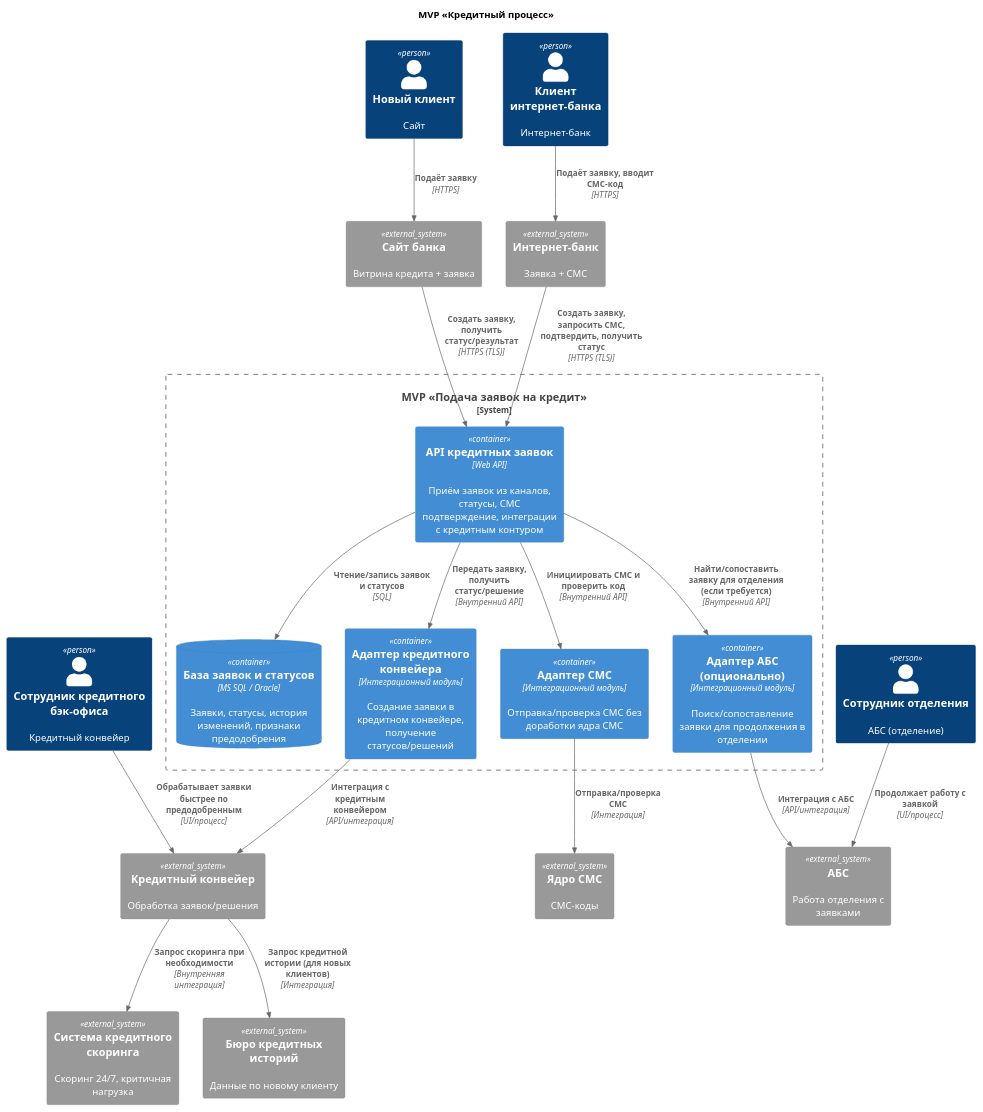
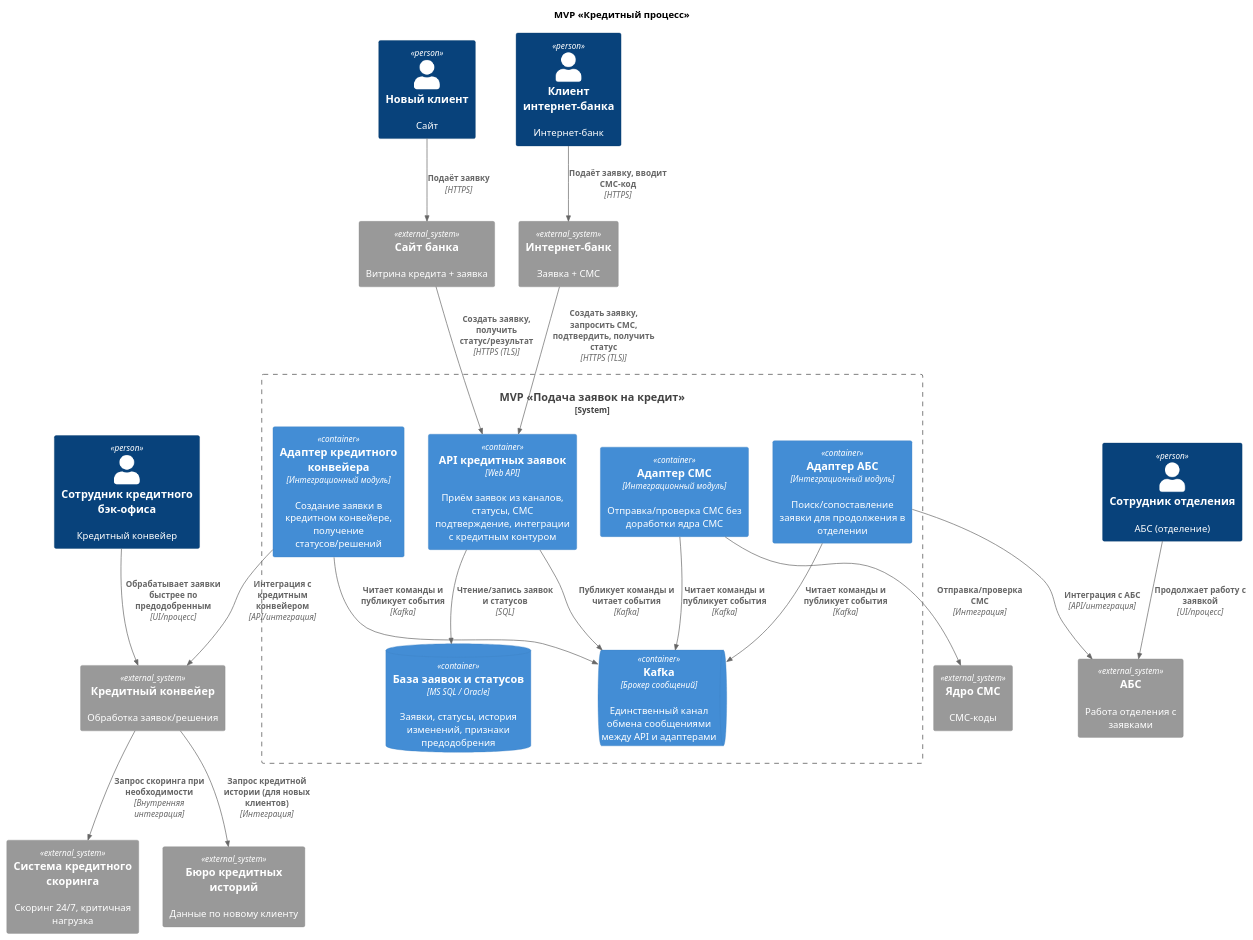
The diagram in Task5/credit_containers.puml (volodin33/architecture-pro-standart), drawn with PlantUML before and after one commit. The commit also changed 12 other files, not shown here.

Commit message:
- Конкретикзировал требования - Указал канал передачи файлов: SFTP - Добавил очередь (Kafka) в диаграммы

```diff
--- a/Task5/credit_containers.puml
+++ b/Task5/credit_containers.puml
@@ -1,44 +1,50 @@
 @startuml
 !include https://raw.githubusercontent.com/plantuml-stdlib/C4-PlantUML/master/C4_Container.puml
 
 title MVP «Кредитный процесс»
 
 Person(customer_new, "Новый клиент", "Сайт")
 Person(customer_ib, "Клиент интернет-банка", "Интернет-банк")
 Person(branch_mgr, "Сотрудник отделения", "АБС (отделение)")
 Person(bo_mgr, "Сотрудник кредитного бэк-офиса", "Кредитный конвейер")
 
 System_Ext(site, "Сайт банка", "Витрина кредита + заявка")
 System_Ext(ibank, "Интернет-банк", "Заявка + СМС")
 System_Ext(credit_conv, "Кредитный конвейер", "Обработка заявок/решения")
 System_Ext(scoring, "Система кредитного скоринга", "Скоринг 24/7, критичная нагрузка")
 System_Ext(abs, "АБС", "Работа отделения с заявками")
 System_Ext(sms_core, "Ядро СМС", "СМС-коды")
 System_Ext(bki, "Бюро кредитных историй", "Данные по новому клиенту")
 
 System_Boundary(mvp, "MVP «Подача заявок на кредит»") {
 
   Container(api, "API кредитных заявок", "Web API",  "Приём заявок из каналов, статусы, СМС подтверждение, интеграции с кредитным контуром")
   ContainerDb(db, "База заявок и статусов", "MS SQL / Oracle",  "Заявки, статусы, история изменений, признаки предодобрения")
+  ContainerQueue(kafka, "Kafka", "Брокер сообщений", "Единственный канал обмена сообщениями между API и адаптерами")
   Container(sms_adapter, "Адаптер СМС", "Интеграционный модуль",  "Отправка/проверка СМС без доработки ядра СМС")
   Container(conv_adapter, "Адаптер кредитного конвейера", "Интеграционный модуль",  "Создание заявки в кредитном конвейере, получение статусов/решений")
-  Container(abs_adapter, "Адаптер АБС (опционально)", "Интеграционный модуль",  "Поиск/сопоставление заявки для продолжения в отделении")
+  Container(abs_adapter, "Адаптер АБС", "Интеграционный модуль",  "Поиск/сопоставление заявки для продолжения в отделении")
 }
 
 Rel(customer_new, site, "Подаёт заявку", "HTTPS")
 Rel(customer_ib, ibank, "Подаёт заявку, вводит СМС-код", "HTTPS")
 Rel(site, api, "Создать заявку, получить статус/результат", "HTTPS (TLS)")
 Rel(ibank, api, "Создать заявку, запросить СМС, подтвердить, получить статус", "HTTPS (TLS)")
+
 Rel(api, db, "Чтение/запись заявок и статусов", "SQL")
-Rel(api, sms_adapter, "Инициировать СМС и проверить код", "Внутренний API")
+
+' API ↔ адаптеры ТОЛЬКО через Kafka
+Rel(api, kafka, "Публикует команды и читает события", "Kafka")
+Rel(sms_adapter, kafka, "Читает команды и публикует события", "Kafka")
+Rel(conv_adapter, kafka, "Читает команды и публикует события", "Kafka")
+Rel(abs_adapter, kafka, "Читает команды и публикует события", "Kafka")
+
 Rel(sms_adapter, sms_core, "Отправка/проверка СМС", "Интеграция")
-Rel(api, conv_adapter, "Передать заявку, получить статус/решение", "Внутренний API")
 Rel(conv_adapter, credit_conv, "Интеграция с кредитным конвейером", "API/интеграция")
 Rel(credit_conv, scoring, "Запрос скоринга при необходимости", "Внутренняя интеграция")
 Rel(credit_conv, bki, "Запрос кредитной истории (для новых клиентов)", "Интеграция")
 Rel(branch_mgr, abs, "Продолжает работу с заявкой", "UI/процесс")
-Rel(api, abs_adapter, "Найти/сопоставить заявку для отделения (если требуется)", "Внутренний API")
 Rel(abs_adapter, abs, "Интеграция с АБС", "API/интеграция")
 Rel(bo_mgr, credit_conv, "Обрабатывает заявки быстрее по предодобренным", "UI/процесс")
 
 @enduml
```
